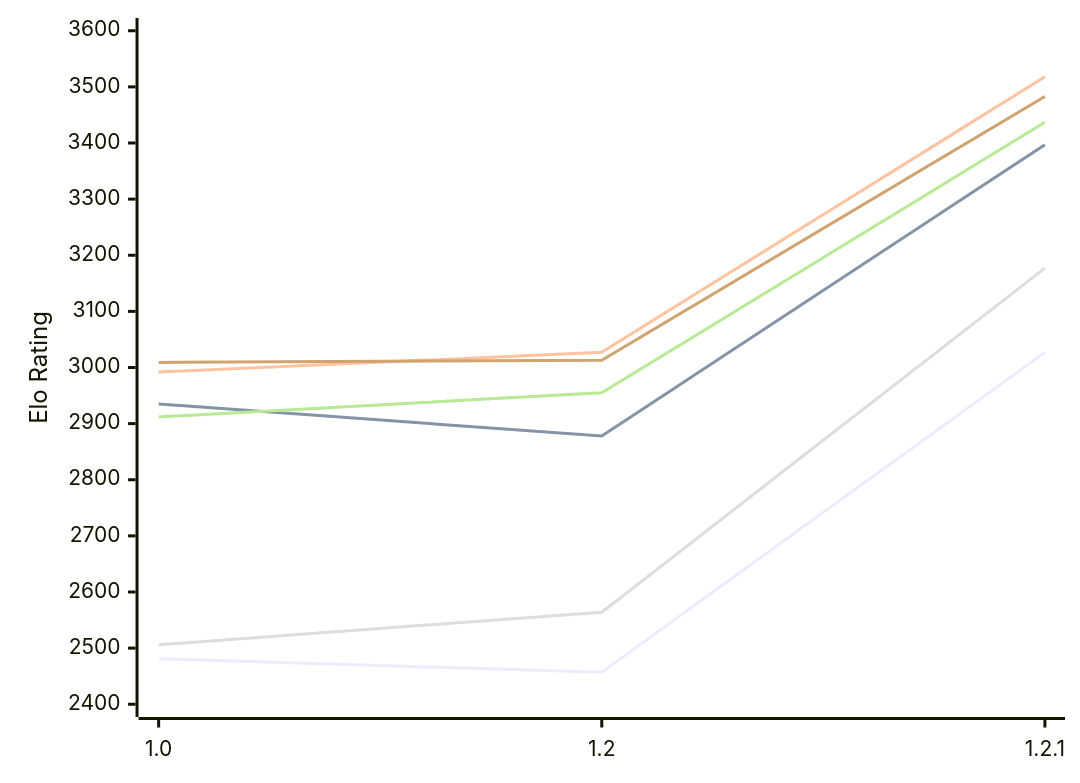
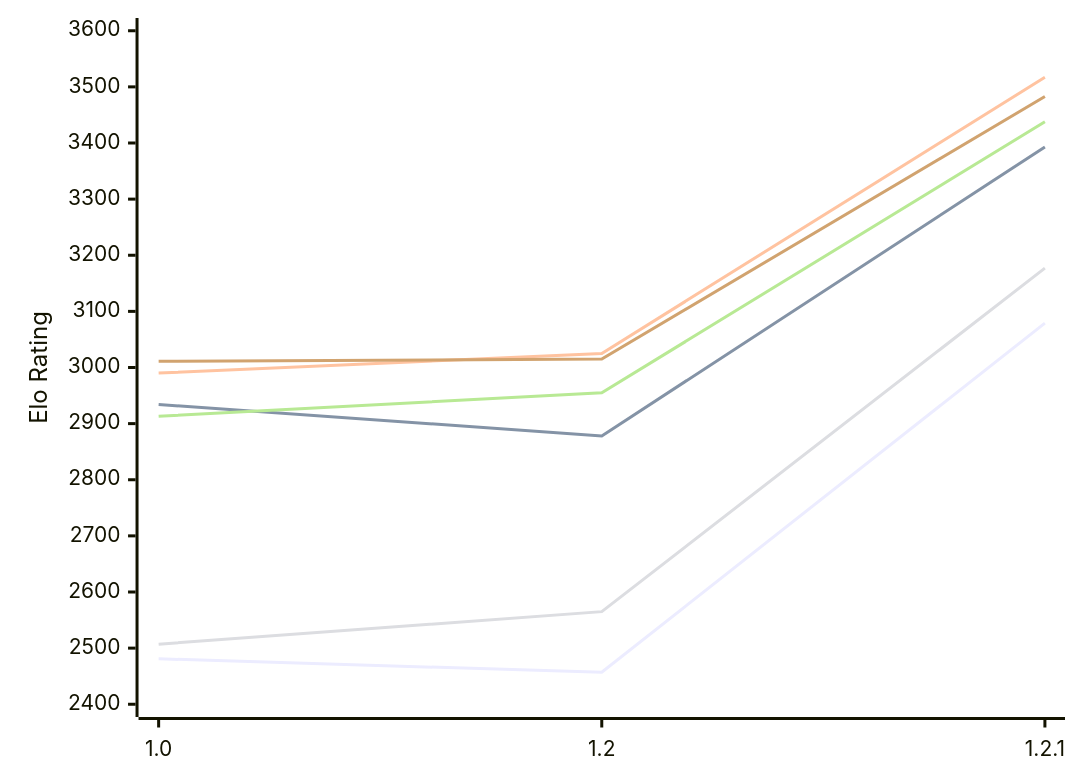
Before and after one commit to computer-chess-index/cci: the diagram in engines/Onechess.md, drawn with Mermaid. The commit also changed other lines of this file, not shown here.

Commit message:
Update CCI Ratings (ELO VLTC) - 2026-11-28

````diff
--- a/engines/Onechess.md
+++ b/engines/Onechess.md
@@ -51,12 +51,12 @@
 ```mermaid
 %%{init: {"theme":"base","themeVariables":{"seriesColors:['#a3a3a3','#222221','#faa371']}}}%%
 xychart-beta
   x-axis ["1.0", "1.2", "1.2.1"]
   y-axis "Elo Rating" 2400 --> 3600
-  line "E1: STC (8.0+0.08s)" [2481, 2457, 3027]
-  line "E1: LTC (60.0+0.60s)" [2935, 2878, 3397]
-  line "E1: VLTC (2m24s+1.12s)" [2992, 3027, 3518]
-  line "P1: STC (8.0+0.08s)" [2506, 2564, 3177]
-  line "P1: LTC (60.0+0.60s)" [2912, 2955, 3437]
-  line "P1: VLTC (2m24s+1.12s)" [3009, 3013, 3483]
+  line "E1: STC (8.0+0.08s)" [2481, 2457, 3079]
+  line "E1: LTC (60.0+0.60s)" [2934, 2878, 3393]
+  line "E1: VLTC (2m24s+1.12s)" [2990, 3025, 3517]
+  line "P1: STC (8.0+0.08s)" [2507, 2565, 3177]
+  line "P1: LTC (60.0+0.60s)" [2913, 2955, 3438]
+  line "P1: VLTC (2m24s+1.12s)" [3011, 3015, 3483]
 ```
````
